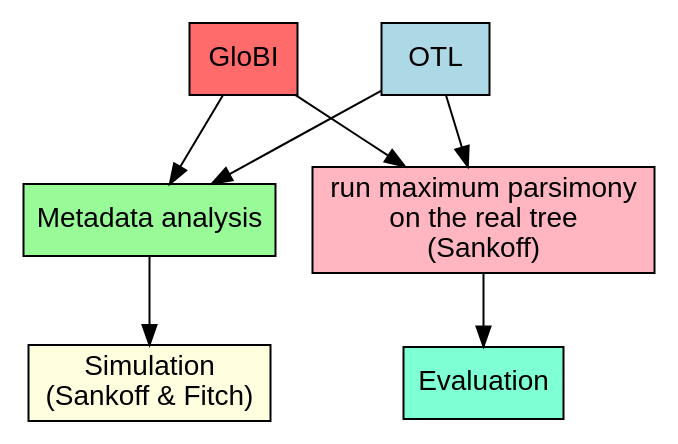
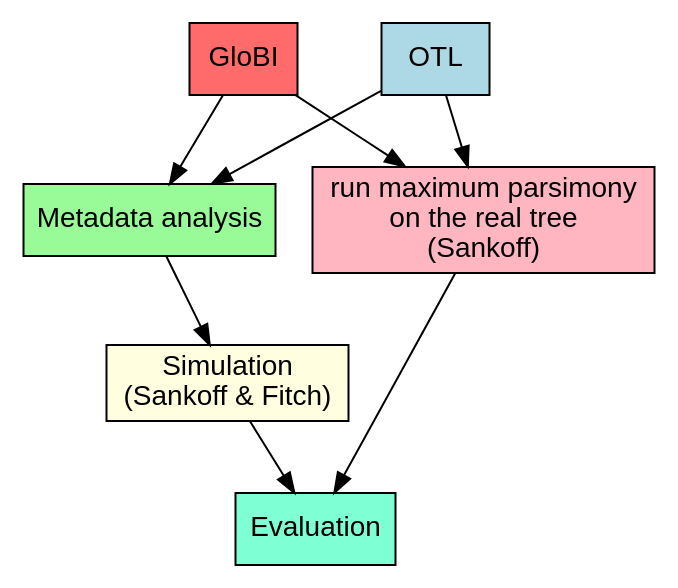
The diagram in Paper - Latex/Figures/Workflow-overview.gv (Irallia/IZW-HU-Parasites), drawn with Graphviz before and after one commit. The commit also changed 28 other files, not shown here.

```diff
--- a/Paper - Latex/Figures/Workflow-overview.gv
+++ b/Paper - Latex/Figures/Workflow-overview.gv
@@ -1,19 +1,20 @@
 digraph G {
 	graph[fontname="arial"]
 	node [style=filled, fillcolor=seagreen1, shape=box, fontname="arial"];
 
 	cluster_0 [label = "GloBI", fillcolor=indianred1]
 	cluster_1 [label = "OTL", fillcolor=lightblue]
 	cluster_2 [label = "Metadata analysis", fillcolor=palegreen]
 	cluster_3 [label = "Simulation \n (Sankoff & Fitch)", fillcolor=lightyellow]
 	cluster_4 [label = "run maximum parsimony \n on the real tree \n (Sankoff)", fillcolor=lightpink]
 	cluster_5 [label = "Evaluation", fillcolor=aquamarine]
 
 	cluster_0 -> cluster_2
 	cluster_0 -> cluster_4
 	cluster_1 -> cluster_2
 	cluster_1 -> cluster_4
 	cluster_2 -> cluster_3
+	cluster_3 -> cluster_5
 	cluster_4 -> cluster_5
 
 }
```
